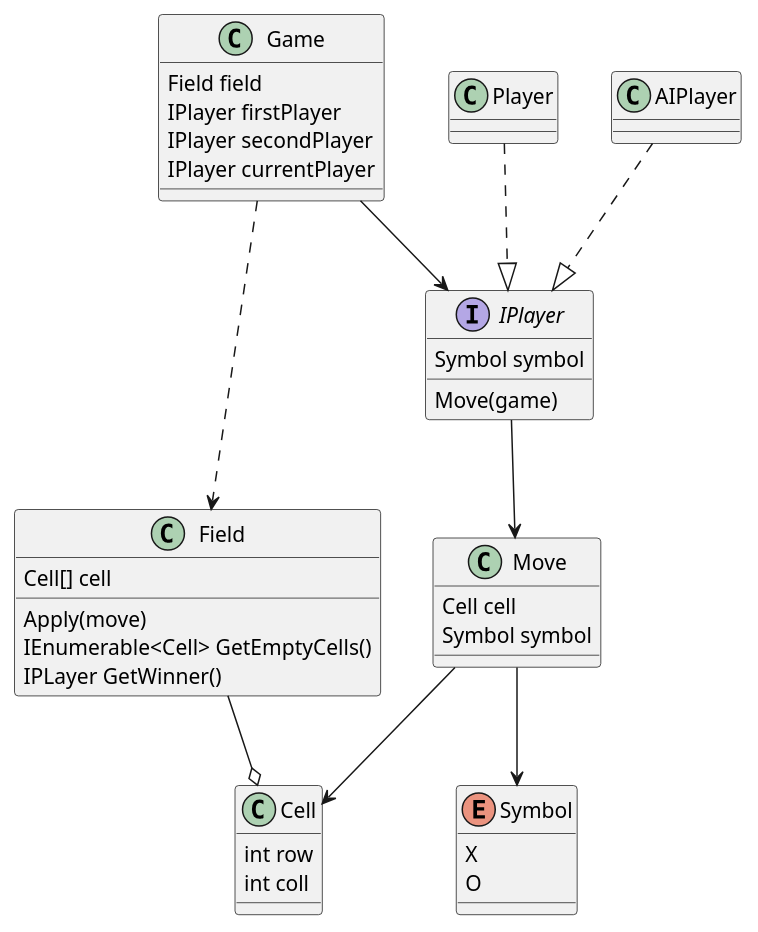
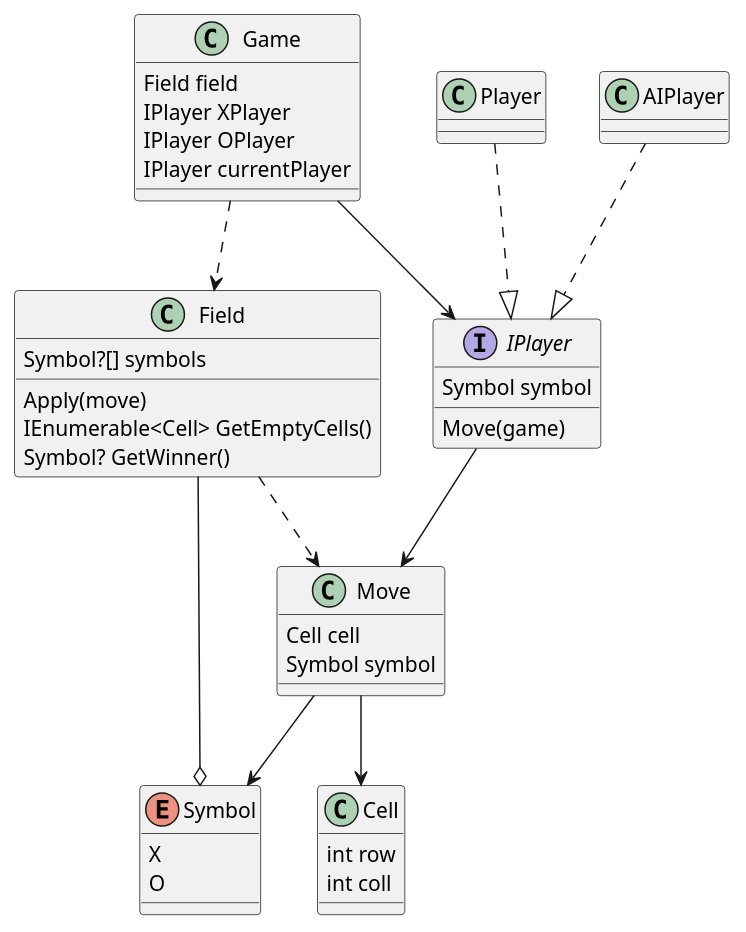
One commit to Gotcha7770/TicTacToe changed the diagram in Diagrams/design.puml. Above: the diagram before and after it, drawn with PlantUML. The commit also changed 1 other file, not shown here.

Commit message:
fixed diagrams

```diff
--- a/Diagrams/design.puml
+++ b/Diagrams/design.puml
@@ -1,55 +1,56 @@
 @startuml
 'https://plantuml.com/ru/class-diagram
 
 enum Symbol {
     X
     O
 }
 
 class Cell {
     int row
     int coll
 }
 
 class Move {
     Cell cell
     Symbol symbol
 }
 
 class Field {
-    Cell[] cell
+    Symbol?[] symbols
     Apply(move)
     IEnumerable<Cell> GetEmptyCells()
-    IPLayer GetWinner()
+    Symbol? GetWinner()
 }
 
 interface IPlayer {
     Symbol symbol
     Move(game)
 }
 
 class Player {
 }
 
 class AIPlayer {
 }
 
 ' раунд игры, счет?
 
 class Game {
     Field field
-    IPlayer firstPlayer
-    IPlayer secondPlayer
+    IPlayer XPlayer
+    IPlayer OPlayer
     IPlayer currentPlayer
 }
 
 Move --> Symbol
 Move --> Cell
-Field --o Cell
+Field --o Symbol
+Field ..> Move
 Player ..|> IPlayer
 AIPlayer ..|> IPlayer
 IPlayer --> Move
 Game ..> Field
 Game --> IPlayer
 
 @enduml
```
